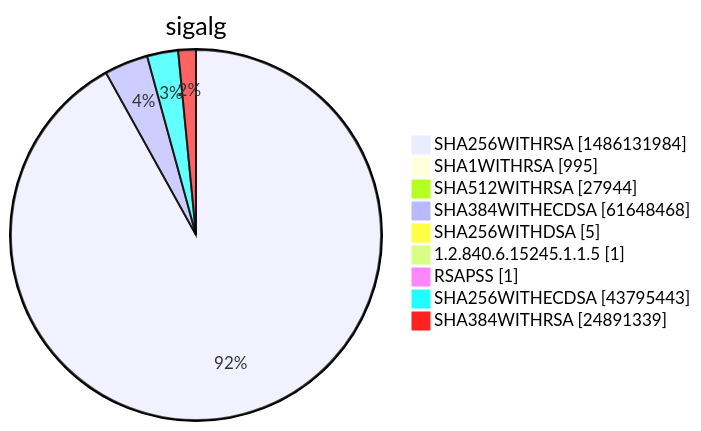
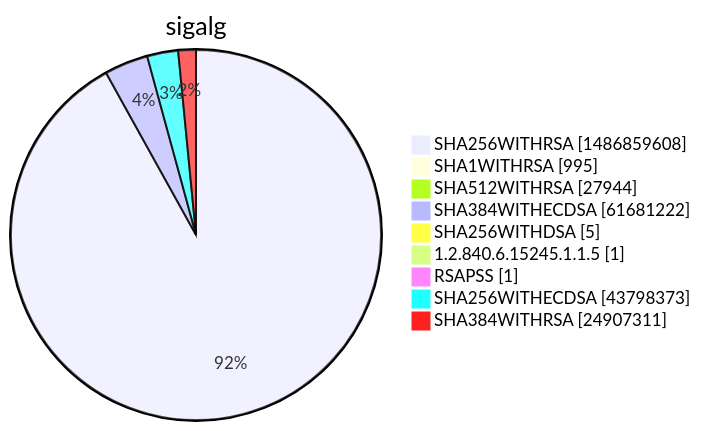
Diagram 15 of 15 in xenon2022/README.md (christiankrug/ctmonitor_visualization), drawn with Mermaid before and after one commit. The commit also changed other lines of this file, not shown here.

````diff
--- a/xenon2022/README.md
+++ b/xenon2022/README.md
@@ -5863,13 +5863,13 @@
 ```mermaid
 pie showData
 title sigalg
-"SHA256WITHRSA" :1486131984
+"SHA256WITHRSA" :1486859608
 "SHA1WITHRSA" :995
 "SHA512WITHRSA" :27944
-"SHA384WITHECDSA" :61648468
+"SHA384WITHECDSA" :61681222
 "SHA256WITHDSA" :5
 "1.2.840.6.15245.1.1.5" :1
 "RSAPSS" :1
-"SHA256WITHECDSA" :43795443
-"SHA384WITHRSA" :24891339
+"SHA256WITHECDSA" :43798373
+"SHA384WITHRSA" :24907311
 ```
````
